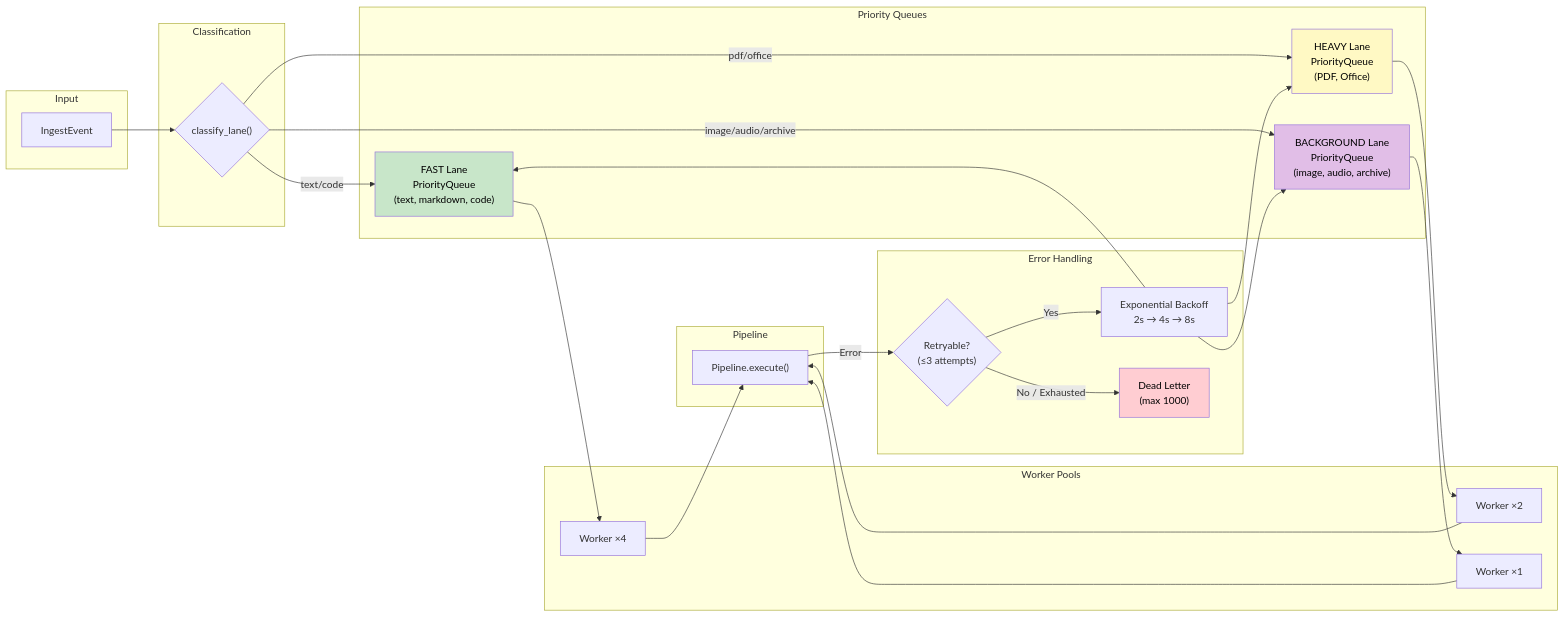
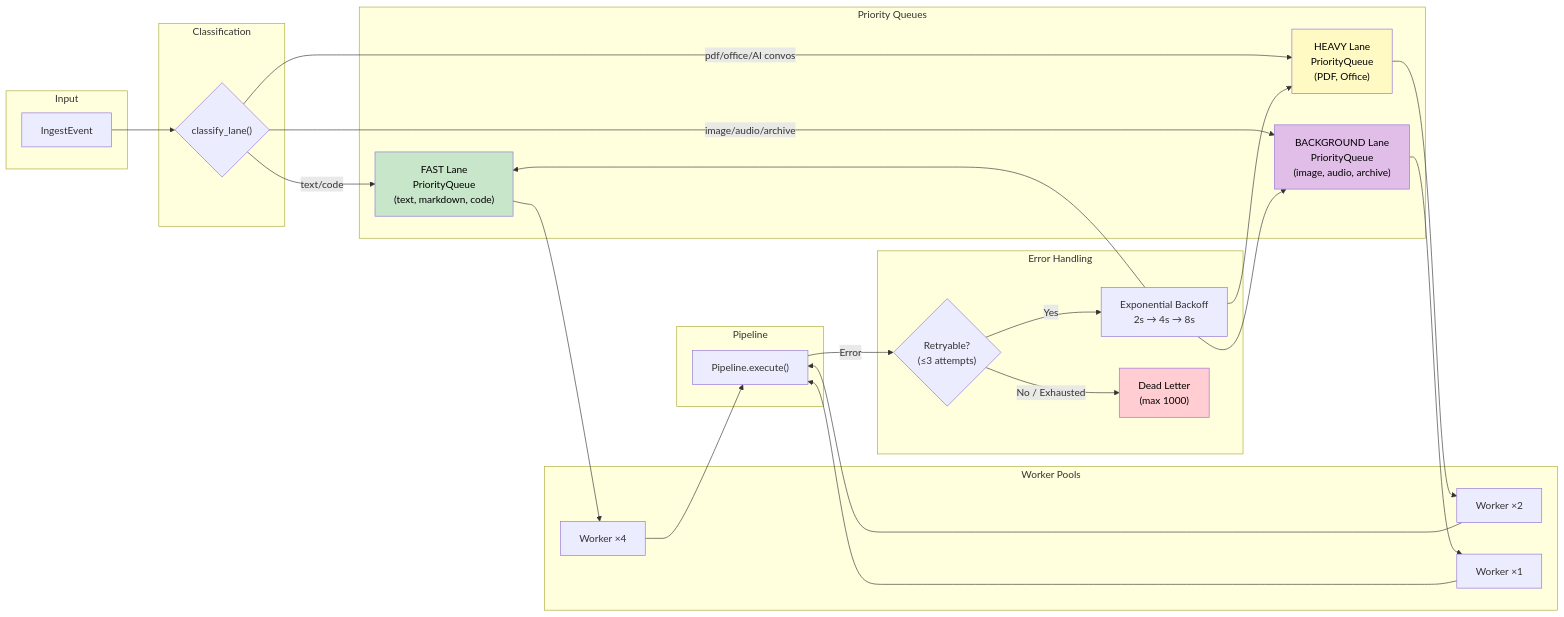
The third of 5 diagrams in ARCHITECTURE.md (ManzilS/LocalBrain), drawn with Mermaid before and after one commit. The commit also changed other lines of this file and 1 other file, not shown here.

First line of the commit message:
Update README and ARCHITECTURE docs with AI platform parsers

````diff
--- a/ARCHITECTURE.md
+++ b/ARCHITECTURE.md
@@ -241,54 +253,54 @@
 ```mermaid
 flowchart LR
     subgraph Input
         EVT["IngestEvent"]
     end
 
     subgraph Classification
         CL{"classify_lane()"}
     end
 
     subgraph Queues["Priority Queues"]
         FAST["FAST Lane<br/>PriorityQueue<br/>(text, markdown, code)"]
         HEAVY["HEAVY Lane<br/>PriorityQueue<br/>(PDF, Office)"]
         BG["BACKGROUND Lane<br/>PriorityQueue<br/>(image, audio, archive)"]
     end
 
     subgraph Workers["Worker Pools"]
         W1["Worker ×4"]
         W2["Worker ×2"]
         W3["Worker ×1"]
     end
 
     subgraph Retry["Error Handling"]
         RT{"Retryable?<br/>(≤3 attempts)"}
         BACK["Exponential Backoff<br/>2s → 4s → 8s"]
         DL["Dead Letter<br/>(max 1000)"]
     end
 
     subgraph Pipeline
         EXEC["Pipeline.execute()"]
     end
 
     EVT --> CL
     CL -->|text/code| FAST
-    CL -->|pdf/office| HEAVY
+    CL -->|pdf/office/AI convos| HEAVY
     CL -->|image/audio/archive| BG
 
     FAST --> W1
     HEAVY --> W2
     BG --> W3
 
     W1 --> EXEC
     W2 --> EXEC
     W3 --> EXEC
 
     EXEC -->|Error| RT
     RT -->|Yes| BACK --> FAST & HEAVY & BG
     RT -->|No / Exhausted| DL
 
     style FAST fill:#c8e6c9,color:#000
     style HEAVY fill:#fff9c4,color:#000
     style BG fill:#e1bee7,color:#000
     style DL fill:#ffcdd2,color:#000
 ```
````
